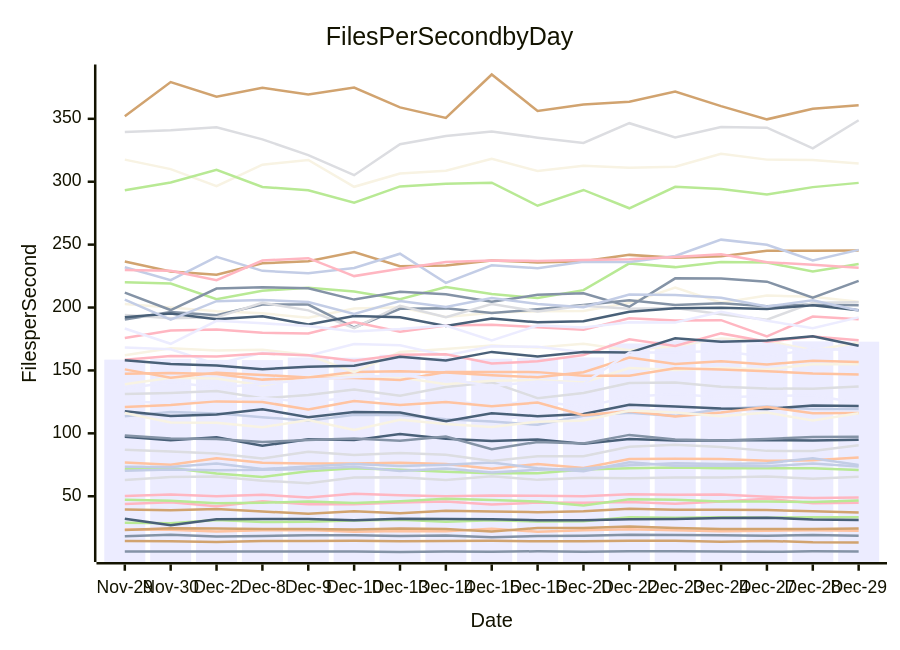
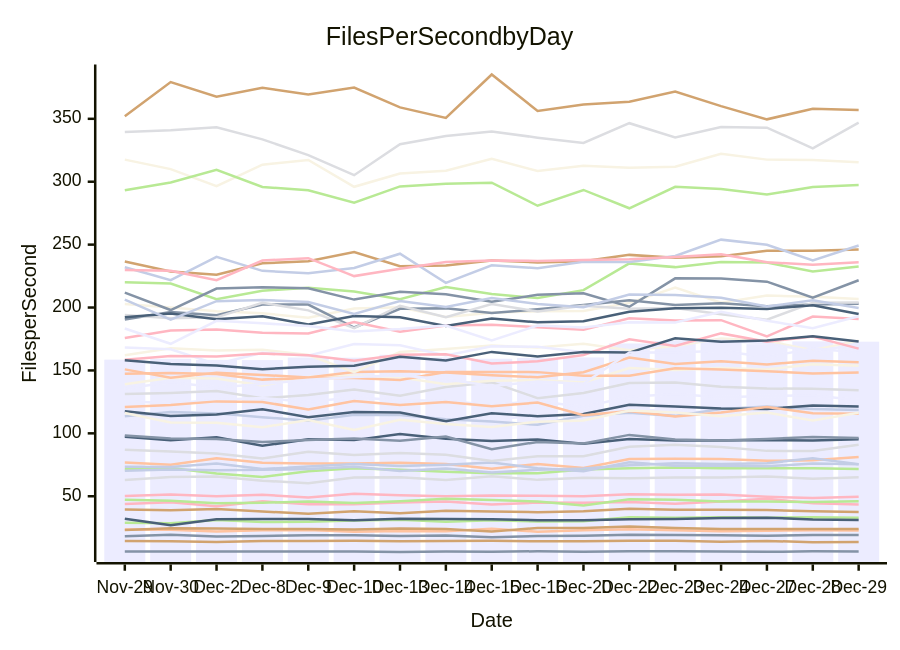
One commit to streetsidesoftware/cspell changed the diagram in perf-report.md. Above: the diagram before and after it, drawn with Mermaid. The commit also changed other lines of this file and 1 other file, not shown here.

````diff
--- a/perf-report.md
+++ b/perf-report.md
@@ -11,57 +11,57 @@
 ```mermaid
 xychart-beta
     title Files Per Second by Day
     y-axis Files per Second
     x-axis Date [Nov-29, Nov-30, Dec-2, Dec-8, Dec-9, Dec-10, Dec-13, Dec-14, Dec-15, Dec-16, Dec-20, Dec-22, Dec-23, Dec-24, Dec-27, Dec-28, Dec-29]
-    bar [158.58, 159.25, 158.41, 158.24, 160.26, 160.13, 162.46, 160.30, 159.32, 159.99, 160.32, 171.41, 173.30, 173.54, 170.88, 173.10, 172.84]
-    line [6.01, 6.16, 6.12, 6.00, 6.03, 6.11, 5.69, 6.12, 5.85, 6.27, 5.94, 6.19, 6.23, 6.06, 5.80, 6.19, 6.09]
-    line [76.76, 75.06, 80.27, 76.65, 75.94, 76.12, 76.57, 75.62, 71.86, 75.70, 72.52, 79.52, 79.75, 79.57, 78.19, 78.53, 80.89]
-    line [62.90, 65.22, 65.65, 62.39, 60.36, 64.84, 65.11, 62.93, 65.98, 63.02, 64.70, 64.39, 64.92, 64.92, 65.76, 63.97, 65.44]
-    line [71.50, 72.49, 68.01, 65.32, 69.78, 72.32, 70.99, 69.49, 68.20, 68.29, 71.18, 72.28, 72.81, 72.16, 72.22, 72.29, 70.91]
-    line [39.45, 38.80, 39.93, 37.87, 36.13, 38.10, 36.47, 38.38, 37.81, 37.32, 38.13, 39.99, 39.24, 39.22, 39.13, 37.99, 37.15]
-    line [73.38, 73.35, 76.02, 71.59, 73.55, 75.54, 73.95, 75.07, 76.77, 72.26, 69.84, 77.03, 74.27, 74.27, 73.83, 75.96, 73.58]
-    line [50.21, 51.36, 49.95, 51.18, 48.94, 51.93, 50.78, 49.91, 50.66, 50.34, 50.02, 51.61, 51.21, 51.38, 49.64, 48.60, 48.91]
-    line [97.20, 94.57, 96.80, 90.09, 95.39, 94.62, 99.56, 95.79, 93.99, 95.03, 91.66, 95.50, 94.32, 94.29, 94.73, 94.34, 95.00]
-    line [202.79, 200.07, 197.01, 195.46, 191.88, 199.25, 200.18, 192.55, 195.85, 196.96, 197.31, 203.68, 215.88, 203.82, 209.47, 208.55, 204.67]
-    line [109.21, 117.71, 115.04, 114.43, 117.93, 116.17, 113.85, 113.19, 111.86, 113.23, 116.22, 119.95, 116.76, 117.75, 118.71, 118.58, 116.27]
-    line [18.13, 19.36, 18.09, 18.49, 18.92, 19.04, 18.41, 18.71, 17.35, 18.44, 18.66, 19.39, 19.24, 18.95, 18.61, 19.20, 18.57]
-    line [23.50, 23.32, 21.90, 22.93, 23.26, 21.71, 22.48, 22.26, 24.16, 21.86, 22.99, 23.86, 22.95, 22.15, 22.59, 22.93, 22.61]
-    line [131.34, 132.15, 133.58, 127.82, 130.48, 134.87, 129.94, 136.83, 140.59, 128.00, 132.13, 140.04, 140.36, 136.98, 135.57, 135.50, 137.20]
-    line [28.98, 28.47, 31.13, 29.50, 29.81, 30.70, 31.34, 29.78, 30.86, 29.89, 30.20, 33.22, 32.90, 33.40, 32.96, 33.38, 33.22]
-    line [14.45, 14.21, 13.55, 14.37, 14.53, 14.61, 14.25, 14.42, 14.66, 14.20, 14.14, 14.58, 14.66, 13.81, 14.51, 13.39, 13.22]
-    line [113.61, 117.05, 115.87, 112.86, 110.11, 114.79, 114.58, 111.22, 109.33, 106.79, 113.91, 116.30, 113.89, 119.27, 121.25, 119.32, 119.39]
-    line [43.85, 45.20, 42.00, 46.02, 43.67, 43.68, 45.02, 45.75, 43.43, 44.94, 44.85, 45.35, 43.98, 45.75, 48.03, 44.47, 44.74]
-    line [117.56, 113.82, 115.04, 119.17, 112.82, 116.99, 116.61, 109.61, 115.93, 113.66, 115.36, 122.68, 121.26, 119.81, 119.36, 122.21, 121.79]
-    line [317.57, 310.02, 296.47, 313.58, 317.30, 295.96, 306.54, 308.67, 318.29, 308.47, 312.68, 311.01, 311.87, 322.19, 317.56, 317.24, 314.52]
-    line [125.68, 123.73, 126.68, 128.02, 124.91, 128.75, 126.25, 125.99, 122.54, 125.77, 120.95, 129.07, 131.35, 128.71, 129.73, 130.21, 124.05]
-    line [190.53, 196.53, 193.86, 202.32, 202.37, 184.12, 199.02, 199.50, 195.58, 198.56, 202.04, 205.76, 202.04, 203.32, 201.04, 202.44, 201.73]
-    line [120.89, 122.51, 125.41, 124.96, 118.90, 125.77, 122.50, 124.97, 121.63, 124.44, 114.40, 117.66, 113.42, 116.57, 120.86, 116.04, 116.26]
-    line [194.09, 191.43, 192.21, 203.69, 197.75, 183.65, 201.42, 192.31, 202.71, 196.90, 201.49, 199.06, 199.67, 194.62, 190.28, 203.79, 204.18]
-    line [220.14, 219.09, 206.67, 213.42, 215.72, 212.77, 206.57, 216.35, 210.81, 207.51, 213.81, 235.09, 232.12, 236.13, 235.71, 228.72, 234.52]
-    line [236.55, 228.65, 226.03, 235.13, 236.77, 244.11, 232.83, 233.41, 237.39, 235.87, 236.73, 241.85, 239.59, 240.67, 245.15, 245.04, 245.42]
-    line [70.33, 71.28, 70.66, 70.99, 71.64, 73.38, 70.10, 71.99, 68.96, 71.11, 72.00, 74.62, 76.21, 75.66, 76.28, 80.16, 74.78]
-    line [175.76, 181.77, 182.47, 179.95, 179.31, 188.38, 180.77, 185.77, 186.35, 184.33, 182.33, 191.53, 189.75, 189.98, 177.07, 192.83, 190.69]
-    line [192.30, 195.25, 190.71, 193.15, 186.55, 193.19, 192.23, 185.43, 191.26, 188.26, 189.10, 196.56, 199.42, 199.83, 198.90, 201.82, 197.91]
-    line [139.07, 144.20, 143.55, 138.09, 144.82, 146.07, 144.49, 139.02, 141.78, 142.36, 140.50, 151.95, 150.33, 152.02, 150.72, 154.90, 154.84]
-    line [183.30, 171.17, 189.43, 187.46, 185.27, 181.05, 182.93, 185.74, 173.94, 185.68, 184.19, 188.28, 188.11, 196.54, 189.53, 183.55, 192.17]
-    line [211.90, 198.01, 215.07, 216.21, 215.29, 206.31, 212.61, 210.51, 204.56, 210.18, 211.34, 200.66, 223.22, 223.16, 220.54, 207.84, 221.18]
-    line [150.86, 144.17, 148.12, 146.38, 144.41, 148.76, 149.26, 148.44, 146.25, 144.57, 148.51, 160.26, 155.20, 157.30, 154.76, 157.76, 156.76]
-    line [87.05, 85.49, 84.05, 80.02, 85.30, 82.71, 84.32, 82.91, 77.95, 81.87, 81.89, 89.30, 90.84, 89.17, 86.07, 86.04, 90.59]
-    line [293.25, 299.40, 309.39, 295.84, 293.27, 283.38, 296.25, 298.40, 299.27, 280.90, 293.45, 278.89, 296.00, 294.23, 289.77, 295.71, 299.08]
-    line [352.03, 379.23, 367.49, 374.69, 369.34, 374.83, 359.05, 350.76, 385.22, 356.23, 361.41, 363.52, 371.74, 360.07, 349.58, 358.00, 360.87]
-    line [232.03, 221.81, 240.23, 229.14, 227.27, 231.37, 242.80, 219.56, 233.62, 231.32, 236.32, 236.26, 240.94, 253.96, 249.85, 237.45, 245.85]
-    line [229.81, 229.18, 221.75, 237.38, 239.25, 224.99, 230.85, 236.16, 237.46, 237.06, 237.81, 238.36, 240.26, 242.42, 235.97, 234.05, 231.54]
+    bar [158.58, 159.25, 158.41, 158.24, 160.26, 160.13, 162.46, 160.30, 159.32, 159.99, 160.32, 171.41, 173.30, 173.54, 170.88, 173.10, 172.87]
+    line [6.01, 6.16, 6.12, 6.00, 6.03, 6.11, 5.69, 6.12, 5.85, 6.27, 5.94, 6.19, 6.23, 6.06, 5.80, 6.19, 6.04]
+    line [76.76, 75.06, 80.27, 76.65, 75.94, 76.12, 76.57, 75.62, 71.86, 75.70, 72.52, 79.52, 79.75, 79.57, 78.19, 78.53, 81.17]
+    line [62.90, 65.22, 65.65, 62.39, 60.36, 64.84, 65.11, 62.93, 65.98, 63.02, 64.70, 64.39, 64.92, 64.92, 65.76, 63.97, 65.18]
+    line [71.50, 72.49, 68.01, 65.32, 69.78, 72.32, 70.99, 69.49, 68.20, 68.29, 71.18, 72.28, 72.81, 72.16, 72.22, 72.29, 71.63]
+    line [39.45, 38.80, 39.93, 37.87, 36.13, 38.10, 36.47, 38.38, 37.81, 37.32, 38.13, 39.99, 39.24, 39.22, 39.13, 37.99, 37.43]
+    line [73.38, 73.35, 76.02, 71.59, 73.55, 75.54, 73.95, 75.07, 76.77, 72.26, 69.84, 77.03, 74.27, 74.27, 73.83, 75.96, 75.41]
+    line [50.21, 51.36, 49.95, 51.18, 48.94, 51.93, 50.78, 49.91, 50.66, 50.34, 50.02, 51.61, 51.21, 51.38, 49.64, 48.60, 49.52]
+    line [97.20, 94.57, 96.80, 90.09, 95.39, 94.62, 99.56, 95.79, 93.99, 95.03, 91.66, 95.50, 94.32, 94.29, 94.73, 94.34, 95.29]
+    line [202.79, 200.07, 197.01, 195.46, 191.88, 199.25, 200.18, 192.55, 195.85, 196.96, 197.31, 203.68, 215.88, 203.82, 209.47, 208.55, 206.80]
+    line [109.21, 117.71, 115.04, 114.43, 117.93, 116.17, 113.85, 113.19, 111.86, 113.23, 116.22, 119.95, 116.76, 117.75, 118.71, 118.58, 117.32]
+    line [18.13, 19.36, 18.09, 18.49, 18.92, 19.04, 18.41, 18.71, 17.35, 18.44, 18.66, 19.39, 19.24, 18.95, 18.61, 19.20, 19.16]
+    line [23.50, 23.32, 21.90, 22.93, 23.26, 21.71, 22.48, 22.26, 24.16, 21.86, 22.99, 23.86, 22.95, 22.15, 22.59, 22.93, 22.71]
+    line [131.34, 132.15, 133.58, 127.82, 130.48, 134.87, 129.94, 136.83, 140.59, 128.00, 132.13, 140.04, 140.36, 136.98, 135.57, 135.50, 134.25]
+    line [28.98, 28.47, 31.13, 29.50, 29.81, 30.70, 31.34, 29.78, 30.86, 29.89, 30.20, 33.22, 32.90, 33.40, 32.96, 33.38, 32.90]
+    line [14.45, 14.21, 13.55, 14.37, 14.53, 14.61, 14.25, 14.42, 14.66, 14.20, 14.14, 14.58, 14.66, 13.81, 14.51, 13.39, 13.58]
+    line [113.61, 117.05, 115.87, 112.86, 110.11, 114.79, 114.58, 111.22, 109.33, 106.79, 113.91, 116.30, 113.89, 119.27, 121.25, 119.32, 118.60]
+    line [43.85, 45.20, 42.00, 46.02, 43.67, 43.68, 45.02, 45.75, 43.43, 44.94, 44.85, 45.35, 43.98, 45.75, 48.03, 44.47, 43.53]
+    line [117.56, 113.82, 115.04, 119.17, 112.82, 116.99, 116.61, 109.61, 115.93, 113.66, 115.36, 122.68, 121.26, 119.81, 119.36, 122.21, 121.33]
+    line [317.57, 310.02, 296.47, 313.58, 317.30, 295.96, 306.54, 308.67, 318.29, 308.47, 312.68, 311.01, 311.87, 322.19, 317.56, 317.24, 315.38]
+    line [125.68, 123.73, 126.68, 128.02, 124.91, 128.75, 126.25, 125.99, 122.54, 125.77, 120.95, 129.07, 131.35, 128.71, 129.73, 130.21, 126.25]
+    line [190.53, 196.53, 193.86, 202.32, 202.37, 184.12, 199.02, 199.50, 195.58, 198.56, 202.04, 205.76, 202.04, 203.32, 201.04, 202.44, 203.10]
+    line [120.89, 122.51, 125.41, 124.96, 118.90, 125.77, 122.50, 124.97, 121.63, 124.44, 114.40, 117.66, 113.42, 116.57, 120.86, 116.04, 115.61]
+    line [194.09, 191.43, 192.21, 203.69, 197.75, 183.65, 201.42, 192.31, 202.71, 196.90, 201.49, 199.06, 199.67, 194.62, 190.28, 203.79, 203.98]
+    line [220.14, 219.09, 206.67, 213.42, 215.72, 212.77, 206.57, 216.35, 210.81, 207.51, 213.81, 235.09, 232.12, 236.13, 235.71, 228.72, 232.65]
+    line [236.55, 228.65, 226.03, 235.13, 236.77, 244.11, 232.83, 233.41, 237.39, 235.87, 236.73, 241.85, 239.59, 240.67, 245.15, 245.04, 246.20]
+    line [70.33, 71.28, 70.66, 70.99, 71.64, 73.38, 70.10, 71.99, 68.96, 71.11, 72.00, 74.62, 76.21, 75.66, 76.28, 80.16, 75.45]
+    line [175.76, 181.77, 182.47, 179.95, 179.31, 188.38, 180.77, 185.77, 186.35, 184.33, 182.33, 191.53, 189.75, 189.98, 177.07, 192.83, 190.79]
+    line [192.30, 195.25, 190.71, 193.15, 186.55, 193.19, 192.23, 185.43, 191.26, 188.26, 189.10, 196.56, 199.42, 199.83, 198.90, 201.82, 194.83]
+    line [139.07, 144.20, 143.55, 138.09, 144.82, 146.07, 144.49, 139.02, 141.78, 142.36, 140.50, 151.95, 150.33, 152.02, 150.72, 154.90, 153.82]
+    line [183.30, 171.17, 189.43, 187.46, 185.27, 181.05, 182.93, 185.74, 173.94, 185.68, 184.19, 188.28, 188.11, 196.54, 189.53, 183.55, 193.13]
+    line [211.90, 198.01, 215.07, 216.21, 215.29, 206.31, 212.61, 210.51, 204.56, 210.18, 211.34, 200.66, 223.22, 223.16, 220.54, 207.84, 221.69]
+    line [150.86, 144.17, 148.12, 146.38, 144.41, 148.76, 149.26, 148.44, 146.25, 144.57, 148.51, 160.26, 155.20, 157.30, 154.76, 157.76, 156.45]
+    line [87.05, 85.49, 84.05, 80.02, 85.30, 82.71, 84.32, 82.91, 77.95, 81.87, 81.89, 89.30, 90.84, 89.17, 86.07, 86.04, 90.94]
+    line [293.25, 299.40, 309.39, 295.84, 293.27, 283.38, 296.25, 298.40, 299.27, 280.90, 293.45, 278.89, 296.00, 294.23, 289.77, 295.71, 297.33]
+    line [352.03, 379.23, 367.49, 374.69, 369.34, 374.83, 359.05, 350.76, 385.22, 356.23, 361.41, 363.52, 371.74, 360.07, 349.58, 358.00, 357.09]
+    line [232.03, 221.81, 240.23, 229.14, 227.27, 231.37, 242.80, 219.56, 233.62, 231.32, 236.32, 236.26, 240.94, 253.96, 249.85, 237.45, 249.30]
+    line [229.81, 229.18, 221.75, 237.38, 239.25, 224.99, 230.85, 236.16, 237.46, 237.06, 237.81, 238.36, 240.26, 242.42, 235.97, 234.05, 235.94]
     line [32.17, 27.01, 31.76, 31.99, 31.99, 30.84, 32.08, 31.89, 31.67, 31.01, 31.00, 31.79, 31.95, 32.72, 33.00, 31.56, 31.04]
-    line [162.13, 167.55, 165.94, 166.49, 162.27, 148.64, 164.74, 167.10, 169.90, 168.25, 171.20, 165.98, 169.49, 175.43, 173.51, 166.13, 171.93]
-    line [168.29, 166.84, 155.06, 164.08, 161.66, 171.02, 169.99, 161.97, 169.28, 168.79, 164.45, 163.90, 173.08, 173.52, 171.67, 165.07, 168.83]
-    line [98.38, 95.87, 95.57, 93.03, 94.71, 95.93, 94.05, 97.42, 87.40, 93.20, 92.02, 98.77, 95.06, 94.41, 95.55, 97.07, 97.20]
-    line [147.45, 147.90, 147.19, 142.70, 144.08, 143.97, 142.44, 148.72, 148.74, 148.66, 145.81, 145.83, 151.65, 150.82, 149.41, 147.54, 146.83]
-    line [339.55, 340.91, 343.35, 333.69, 321.17, 305.21, 329.78, 336.28, 339.96, 335.03, 330.81, 346.52, 335.23, 343.48, 342.97, 326.49, 348.89]
-    line [47.22, 46.33, 44.42, 44.87, 45.90, 44.67, 46.00, 48.05, 47.07, 45.85, 42.75, 47.52, 47.21, 45.81, 45.88, 45.34, 46.57]
-    line [23.09, 24.60, 24.46, 23.99, 23.97, 23.56, 24.27, 23.97, 21.89, 24.77, 24.75, 25.98, 24.78, 24.02, 24.07, 23.90, 24.36]
-    line [206.34, 190.41, 205.06, 206.03, 204.37, 194.91, 205.14, 200.36, 207.64, 202.85, 200.31, 210.29, 210.04, 207.76, 200.78, 205.77, 197.69]
-    line [158.52, 161.43, 161.03, 163.37, 162.01, 157.69, 162.41, 162.92, 155.61, 157.24, 162.25, 174.81, 169.46, 179.44, 172.82, 176.92, 173.92]
-    line [158.17, 155.13, 153.99, 150.95, 152.99, 153.72, 160.91, 157.90, 164.74, 161.04, 164.69, 164.20, 175.57, 172.74, 173.87, 177.24, 169.58]
-    line [116.12, 108.62, 108.44, 104.81, 110.68, 102.65, 110.81, 107.51, 105.11, 109.29, 110.23, 118.20, 116.66, 113.51, 116.56, 110.18, 116.01]
-    line [135.37, 140.89, 136.51, 139.19, 142.56, 144.70, 146.06, 142.91, 137.61, 141.27, 139.39, 164.22, 164.25, 165.65, 160.55, 167.52, 165.76]
+    line [162.13, 167.55, 165.94, 166.49, 162.27, 148.64, 164.74, 167.10, 169.90, 168.25, 171.20, 165.98, 169.49, 175.43, 173.51, 166.13, 173.69]
+    line [168.29, 166.84, 155.06, 164.08, 161.66, 171.02, 169.99, 161.97, 169.28, 168.79, 164.45, 163.90, 173.08, 173.52, 171.67, 165.07, 170.82]
+    line [98.38, 95.87, 95.57, 93.03, 94.71, 95.93, 94.05, 97.42, 87.40, 93.20, 92.02, 98.77, 95.06, 94.41, 95.55, 97.07, 96.22]
+    line [147.45, 147.90, 147.19, 142.70, 144.08, 143.97, 142.44, 148.72, 148.74, 148.66, 145.81, 145.83, 151.65, 150.82, 149.41, 147.54, 148.32]
+    line [339.55, 340.91, 343.35, 333.69, 321.17, 305.21, 329.78, 336.28, 339.96, 335.03, 330.81, 346.52, 335.23, 343.48, 342.97, 326.49, 346.96]
+    line [47.22, 46.33, 44.42, 44.87, 45.90, 44.67, 46.00, 48.05, 47.07, 45.85, 42.75, 47.52, 47.21, 45.81, 45.88, 45.34, 46.09]
+    line [23.09, 24.60, 24.46, 23.99, 23.97, 23.56, 24.27, 23.97, 21.89, 24.77, 24.75, 25.98, 24.78, 24.02, 24.07, 23.90, 24.05]
+    line [206.34, 190.41, 205.06, 206.03, 204.37, 194.91, 205.14, 200.36, 207.64, 202.85, 200.31, 210.29, 210.04, 207.76, 200.78, 205.77, 199.55]
+    line [158.52, 161.43, 161.03, 163.37, 162.01, 157.69, 162.41, 162.92, 155.61, 157.24, 162.25, 174.81, 169.46, 179.44, 172.82, 176.92, 167.34]
+    line [158.17, 155.13, 153.99, 150.95, 152.99, 153.72, 160.91, 157.90, 164.74, 161.04, 164.69, 164.20, 175.57, 172.74, 173.87, 177.24, 172.99]
+    line [116.12, 108.62, 108.44, 104.81, 110.68, 102.65, 110.81, 107.51, 105.11, 109.29, 110.23, 118.20, 116.66, 113.51, 116.56, 110.18, 116.43]
+    line [135.37, 140.89, 136.51, 139.19, 142.56, 144.70, 146.06, 142.91, 137.61, 141.27, 139.39, 164.22, 164.25, 165.65, 160.55, 167.52, 164.35]
 ```
````
